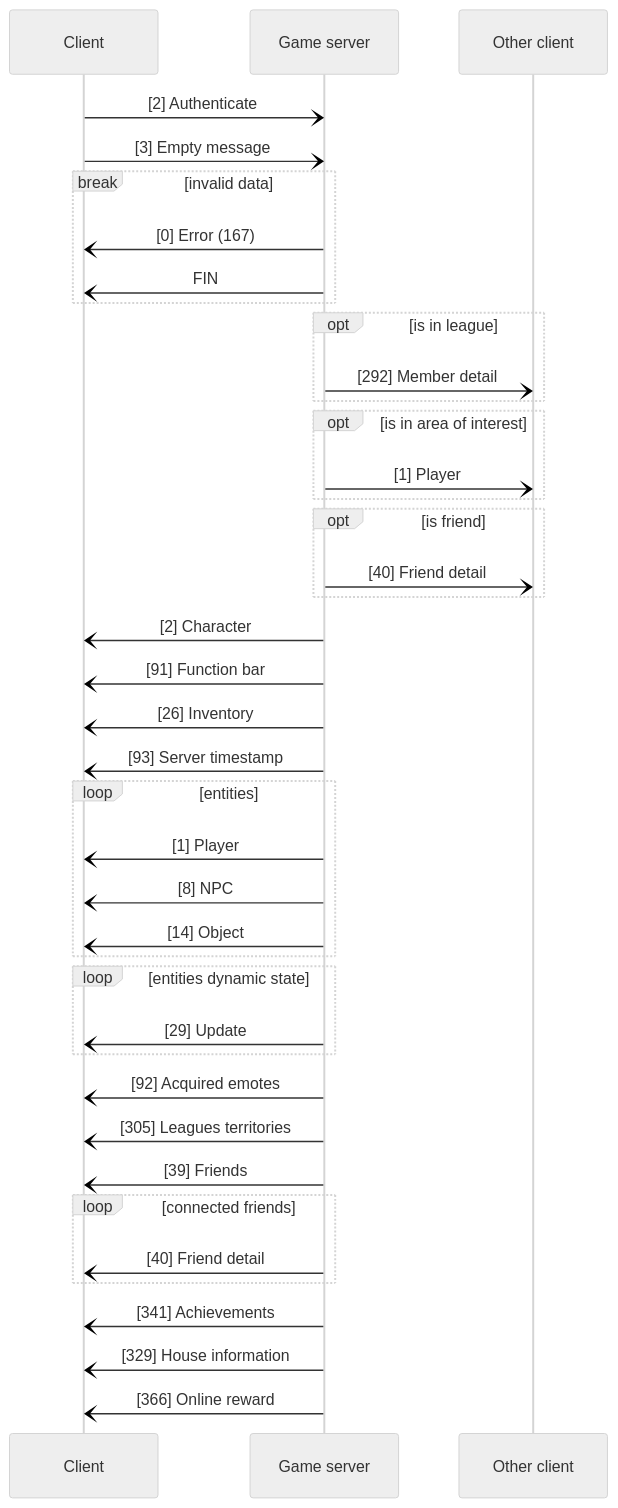
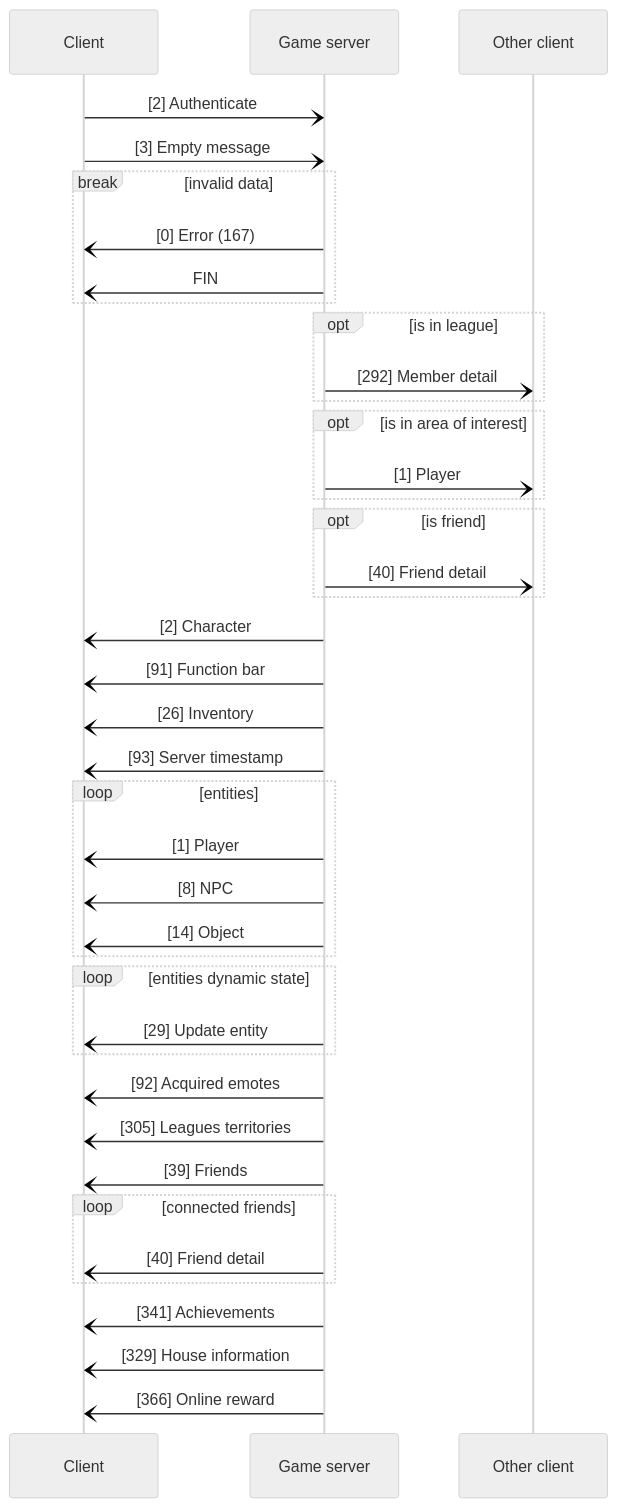
One commit to fygonzalo/banana changed the second of 13 diagrams in README.md. Above: the diagram before and after it, drawn with Mermaid (neutral theme). The commit also changed other lines of this file, not shown here.

````diff
--- a/README.md
+++ b/README.md
@@ -49,42 +57,42 @@
 ```mermaid
 sequenceDiagram
     participant Client
     participant Game server
     participant Other client
     Client-)Game server: [2] Authenticate
     Client-)Game server: [3] Empty message
     break invalid data
     Game server-)Client: [0] Error (167)
     Game server-)Client: FIN
     end
     opt is in league
     Game server-)Other client: [292] Member detail
     end
     opt is in area of interest
     Game server-)Other client: [1] Player
     end
     opt is friend
     Game server-)Other client: [40] Friend detail
     end
     Game server-)Client: [2] Character
     Game server-)Client: [91] Function bar
     Game server-)Client: [26] Inventory
     Game server-)Client: [93] Server timestamp
     loop entities
     Game server-)Client: [1] Player
     Game server-)Client: [8] NPC
     Game server-)Client: [14] Object
     end
     loop entities dynamic state
-    Game server-)Client: [29] Update
+    Game server-)Client: [29] Update entity
     end
     Game server-)Client: [92] Acquired emotes
     Game server-)Client: [305] Leagues territories
     Game server-)Client: [39] Friends
     loop connected friends
     Game server-)Client: [40] Friend detail
     end
     Game server-)Client: [341] Achievements
     Game server-)Client: [329] House information
     Game server-)Client: [366] Online reward
 ```
````
